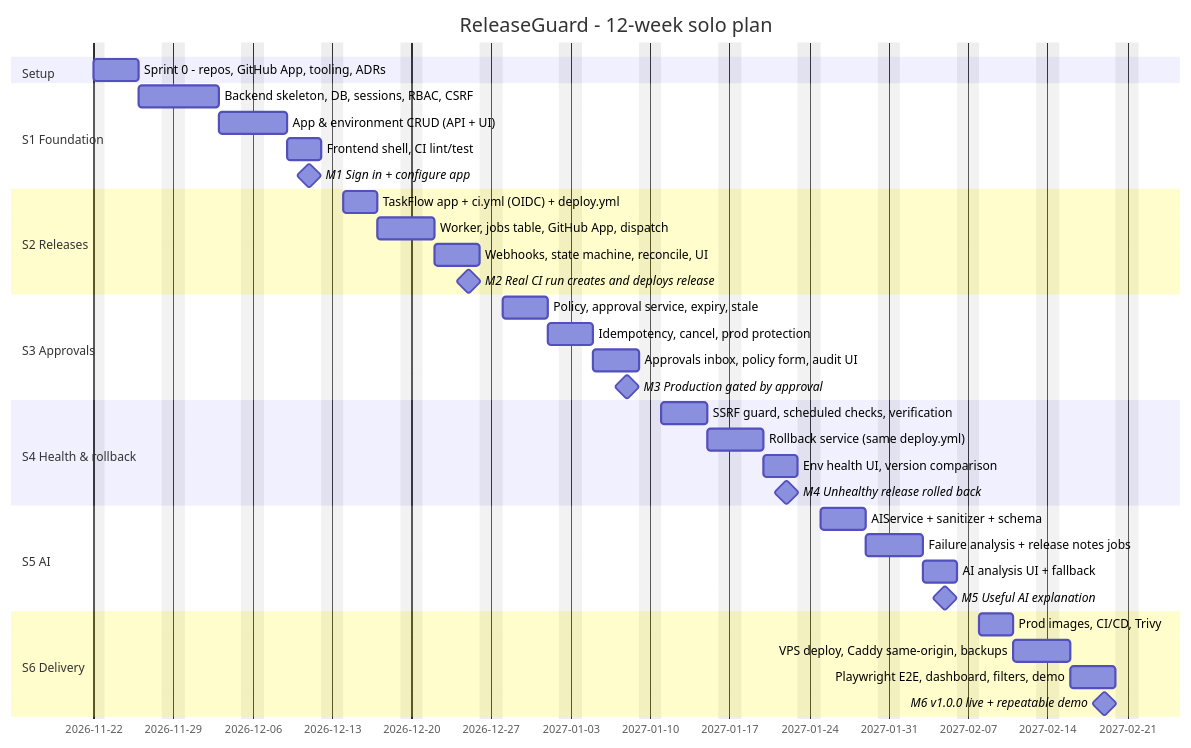
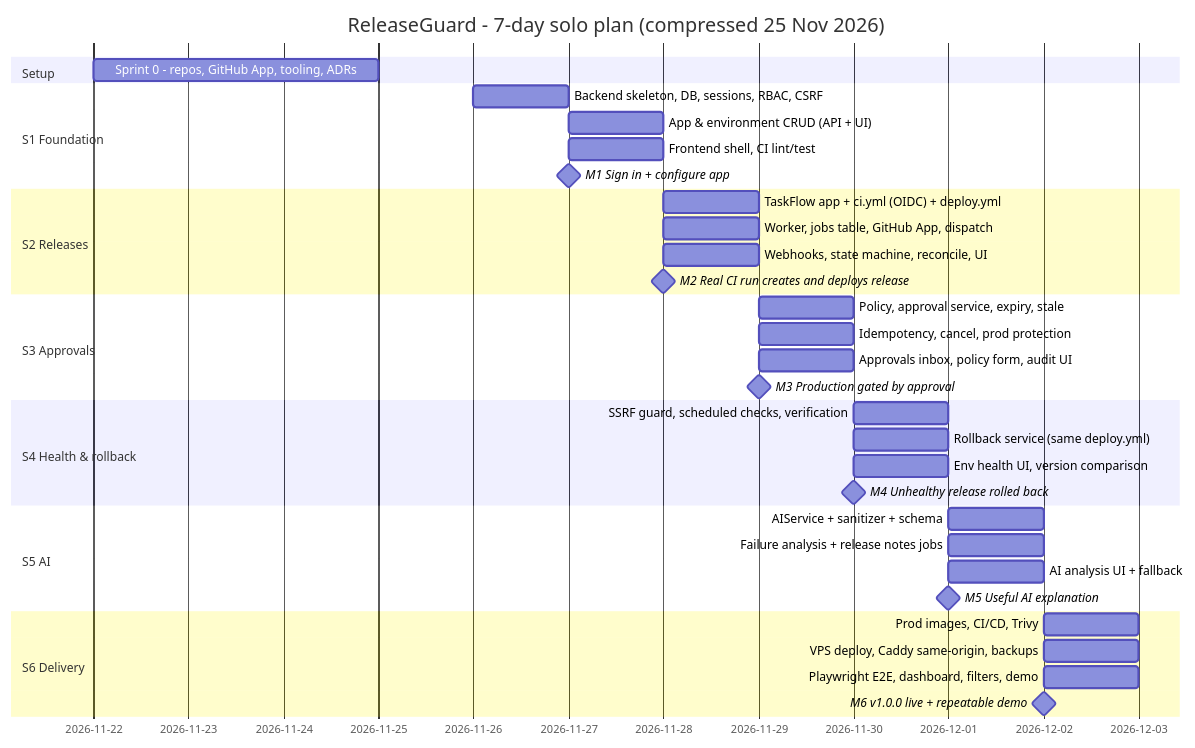
One commit to hamdounisabri1/releaseguard changed the diagram in docs/PROJECT_PLAN.md. Above: the diagram before and after it, drawn with Mermaid. The commit also changed other lines of this file and 4 other files, not shown here.

````diff
--- a/docs/PROJECT_PLAN.md
+++ b/docs/PROJECT_PLAN.md
@@ -51,45 +51,44 @@
 ```mermaid
 gantt
-    title ReleaseGuard - 12-week solo plan
+    title ReleaseGuard - 7-day solo plan (compressed 25 Nov 2026)
     dateFormat  YYYY-MM-DD
-    excludes    weekends
 
     section Setup
-    Sprint 0 - repos, GitHub App, tooling, ADRs :s0, 2026-11-22, 2026-11-26
+    Sprint 0 - repos, GitHub App, tooling, ADRs :s0, 2026-11-22, 2026-11-25
 
     section S1 Foundation
-    Backend skeleton, DB, sessions, RBAC, CSRF :s1a, 2026-11-26, 5d
-    App & environment CRUD (API + UI)          :s1b, after s1a, 4d
-    Frontend shell, CI lint/test               :s1c, after s1b, 3d
-    M1 Sign in + configure app                 :milestone, m1, 2026-12-11, 0d
+    Backend skeleton, DB, sessions, RBAC, CSRF :s1a, 2026-11-26, 1d
+    App & environment CRUD (API + UI)          :s1b, after s1a, 1d
+    Frontend shell, CI lint/test               :s1c, 2026-11-27, 1d
+    M1 Sign in + configure app                 :milestone, m1, 2026-11-27, 0d
 
     section S2 Releases
-    TaskFlow app + ci.yml (OIDC) + deploy.yml  :s2a, 2026-12-14, 3d
-    Worker, jobs table, GitHub App, dispatch   :s2b, after s2a, 3d
-    Webhooks, state machine, reconcile, UI     :s2c, after s2b, 4d
-    M2 Real CI run creates and deploys release :milestone, m2, 2026-12-25, 0d
+    TaskFlow app + ci.yml (OIDC) + deploy.yml  :s2a, 2026-11-28, 1d
+    Worker, jobs table, GitHub App, dispatch   :s2b, 2026-11-28, 1d
+    Webhooks, state machine, reconcile, UI     :s2c, 2026-11-28, 1d
+    M2 Real CI run creates and deploys release :milestone, m2, 2026-11-28, 0d
 
     section S3 Approvals
-    Policy, approval service, expiry, stale    :s3a, 2026-12-28, 4d
-    Idempotency, cancel, prod protection       :s3b, after s3a, 2d
-    Approvals inbox, policy form, audit UI     :s3c, after s3b, 4d
-    M3 Production gated by approval            :milestone, m3, 2027-01-08, 0d
+    Policy, approval service, expiry, stale    :s3a, 2026-11-29, 1d
+    Idempotency, cancel, prod protection       :s3b, 2026-11-29, 1d
+    Approvals inbox, policy form, audit UI     :s3c, 2026-11-29, 1d
+    M3 Production gated by approval            :milestone, m3, 2026-11-29, 0d
 
     section S4 Health & rollback
-    SSRF guard, scheduled checks, verification :s4a, 2027-01-11, 4d
-    Rollback service (same deploy.yml)         :s4b, after s4a, 3d
-    Env health UI, version comparison          :s4c, after s4b, 3d
-    M4 Unhealthy release rolled back           :milestone, m4, 2027-01-22, 0d
+    SSRF guard, scheduled checks, verification :s4a, 2026-11-30, 1d
+    Rollback service (same deploy.yml)         :s4b, 2026-11-30, 1d
+    Env health UI, version comparison          :s4c, 2026-11-30, 1d
+    M4 Unhealthy release rolled back           :milestone, m4, 2026-11-30, 0d
 
     section S5 AI
-    AIService + sanitizer + schema             :s5a, 2027-01-25, 4d
-    Failure analysis + release notes jobs      :s5b, after s5a, 3d
-    AI analysis UI + fallback                  :s5c, after s5b, 3d
-    M5 Useful AI explanation                   :milestone, m5, 2027-02-05, 0d
+    AIService + sanitizer + schema             :s5a, 2026-12-01, 1d
+    Failure analysis + release notes jobs      :s5b, 2026-12-01, 1d
+    AI analysis UI + fallback                  :s5c, 2026-12-01, 1d
+    M5 Useful AI explanation                   :milestone, m5, 2026-12-01, 0d
 
     section S6 Delivery
-    Prod images, CI/CD, Trivy                  :s6a, 2027-02-08, 3d
-    VPS deploy, Caddy same-origin, backups     :s6b, after s6a, 3d
-    Playwright E2E, dashboard, filters, demo   :s6c, after s6b, 4d
-    M6 v1.0.0 live + repeatable demo           :milestone, m6, 2027-02-19, 0d
+    Prod images, CI/CD, Trivy                  :s6a, 2026-12-02, 1d
+    VPS deploy, Caddy same-origin, backups     :s6b, 2026-12-02, 1d
+    Playwright E2E, dashboard, filters, demo   :s6c, 2026-12-02, 1d
+    M6 v1.0.0 live + repeatable demo           :milestone, m6, 2026-12-02, 0d
 ```
````
